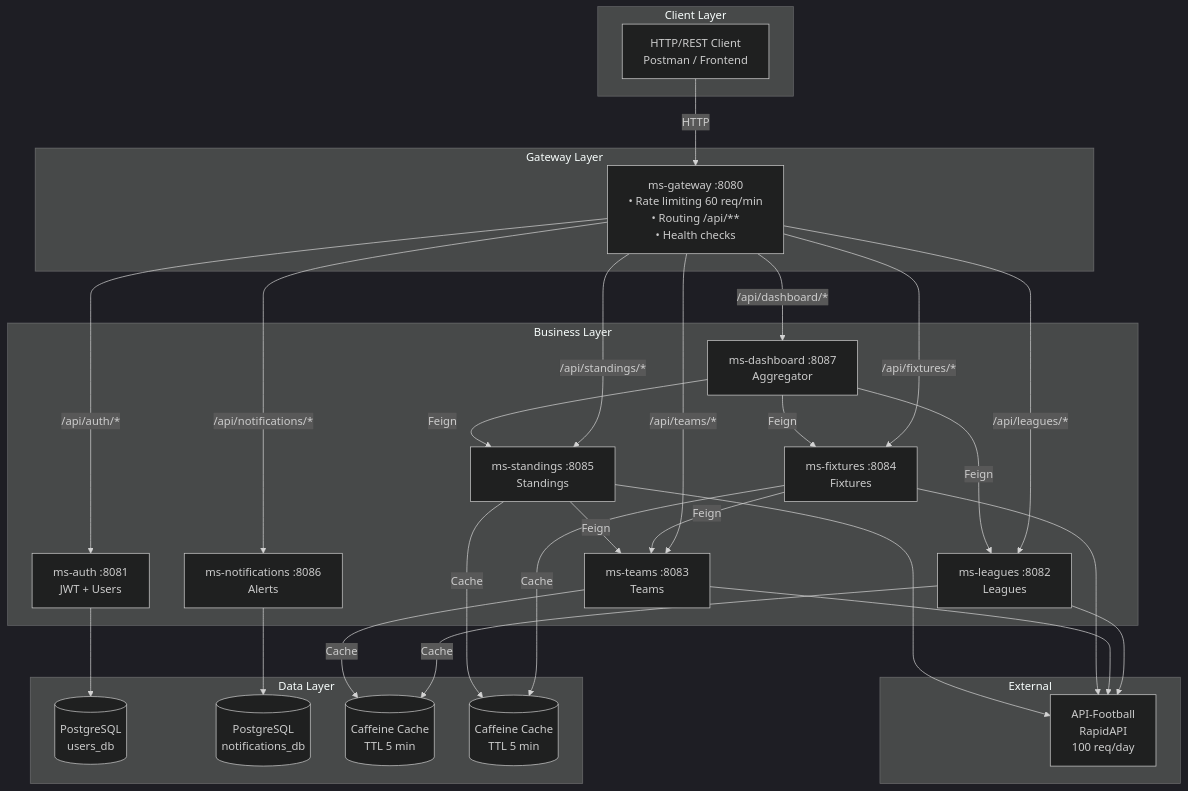
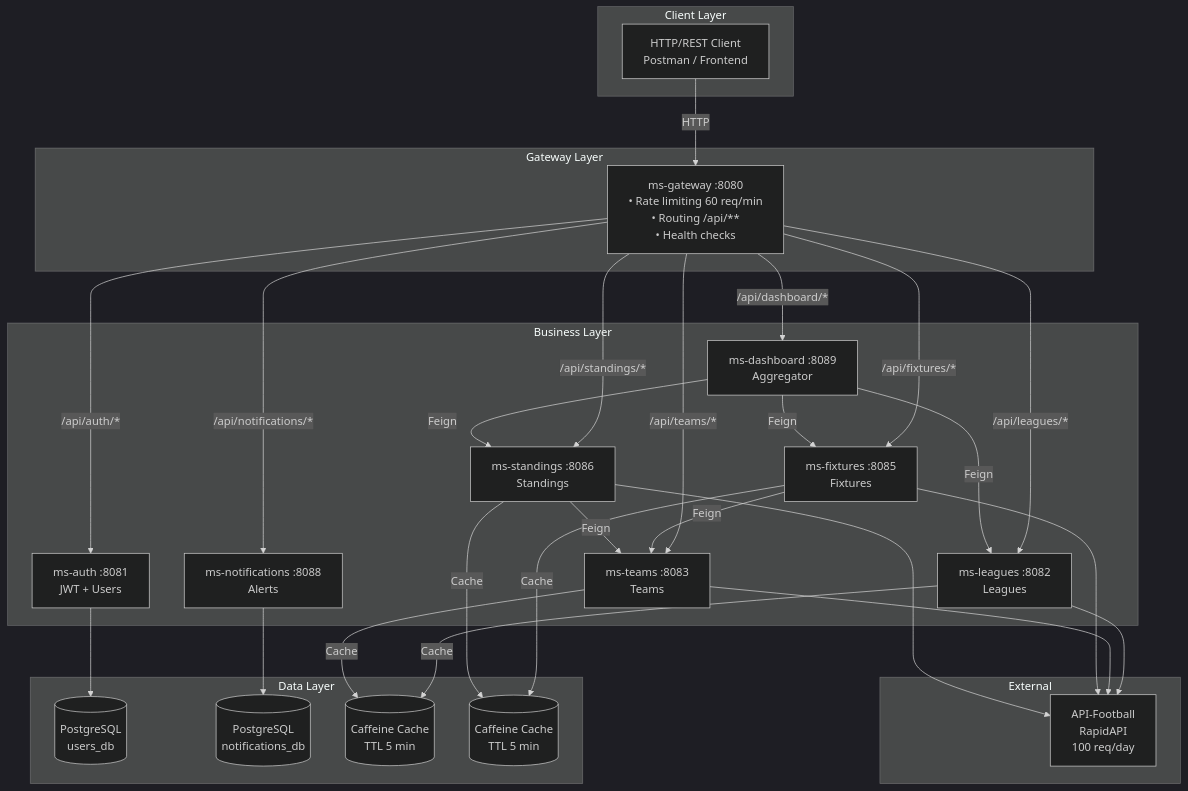
Before and after one commit to daniepusb/Equipo09-SportPulseMS: the diagram in docs/DOCKER_ARCHITECTURE.md, drawn with Mermaid. The commit also changed other lines of this file and 3 other files, not shown here.

````diff
--- a/docs/DOCKER_ARCHITECTURE.md
+++ b/docs/DOCKER_ARCHITECTURE.md
@@ -7,62 +7,62 @@
 ```mermaid
 %%{init: {'theme': 'dark'}}%%
 graph TB
   subgraph "Client Layer"
     Client[HTTP/REST Client<br/>Postman / Frontend]
   end
 
   subgraph "Gateway Layer"
     Gateway[ms-gateway :8080<br/>• Rate limiting 60 req/min<br/>• Routing /api/**<br/>• Health checks]
   end
 
   subgraph "Business Layer"
     Auth[ms-auth :8081<br/>JWT + Users]
     Leagues[ms-leagues :8082<br/>Leagues]
     Teams[ms-teams :8083<br/>Teams]
-    Fixtures[ms-fixtures :8084<br/>Fixtures]
-    Standings[ms-standings :8085<br/>Standings]
-    Notifications[ms-notifications :8086<br/>Alerts]
-    Dashboard[ms-dashboard :8087<br/>Aggregator]
+    Fixtures[ms-fixtures :8085<br/>Fixtures]
+    Standings[ms-standings :8086<br/>Standings]
+    Notifications[ms-notifications :8088<br/>Alerts]
+    Dashboard[ms-dashboard :8089<br/>Aggregator]
   end
 
   subgraph "Data Layer"
     DB1[(PostgreSQL<br/>users_db)]
     DB2[(PostgreSQL<br/>notifications_db)]
     Cache1[(Caffeine Cache<br/>TTL 5 min)]
     Cache2[(Caffeine Cache<br/>TTL 5 min)]
   end
 
   subgraph "External"
     API[API-Football<br/>RapidAPI<br/>100 req/day]
   end
 
   Client -->|HTTP| Gateway
 
   Gateway -->|/api/auth/*| Auth
   Gateway -->|/api/leagues/*| Leagues
   Gateway -->|/api/teams/*| Teams
   Gateway -->|/api/fixtures/*| Fixtures
   Gateway -->|/api/standings/*| Standings
   Gateway -->|/api/notifications/*| Notifications
   Gateway -->|/api/dashboard/*| Dashboard
 
   Dashboard -->|Feign| Fixtures
   Dashboard -->|Feign| Standings
   Dashboard -->|Feign| Leagues
 
   Fixtures -->|Feign| Teams
   Standings -->|Feign| Teams
 
   Auth --> DB1
   Notifications --> DB2
 
   Leagues -->|Cache| Cache1
   Teams -->|Cache| Cache1
   Fixtures -->|Cache| Cache2
   Standings -->|Cache| Cache2
 
   Leagues --> API
   Teams --> API
   Fixtures --> API
   Standings --> API
 ```
````
